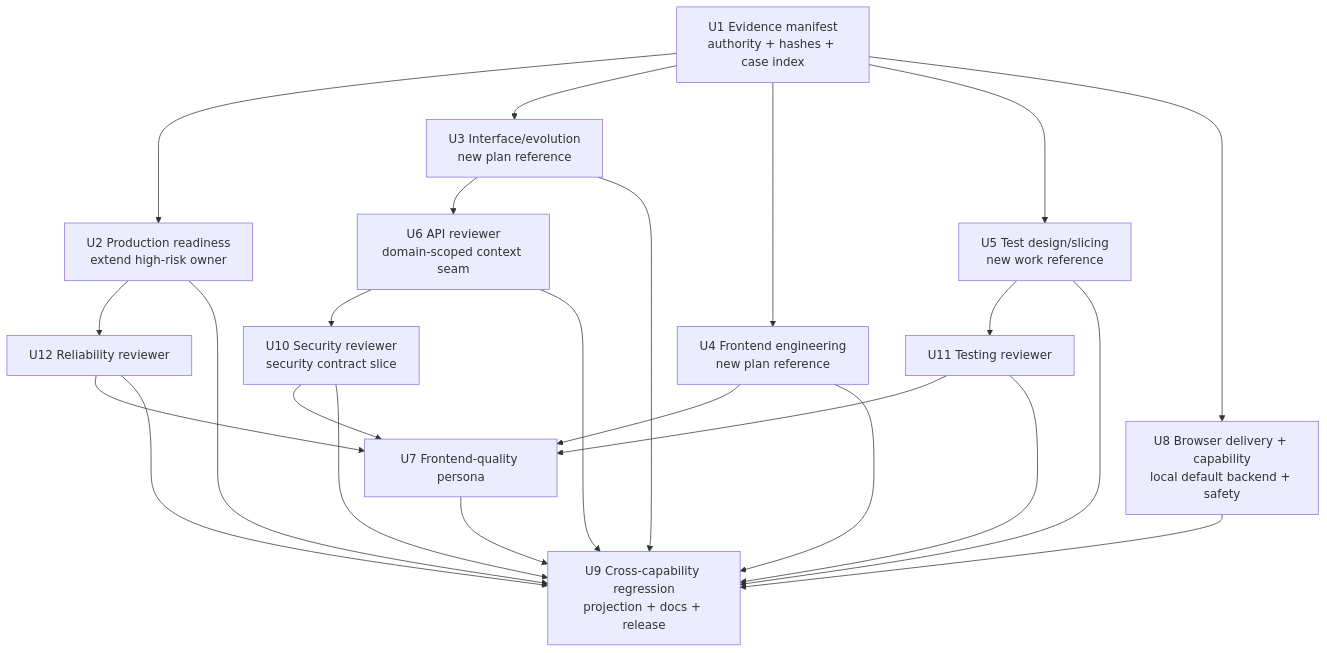
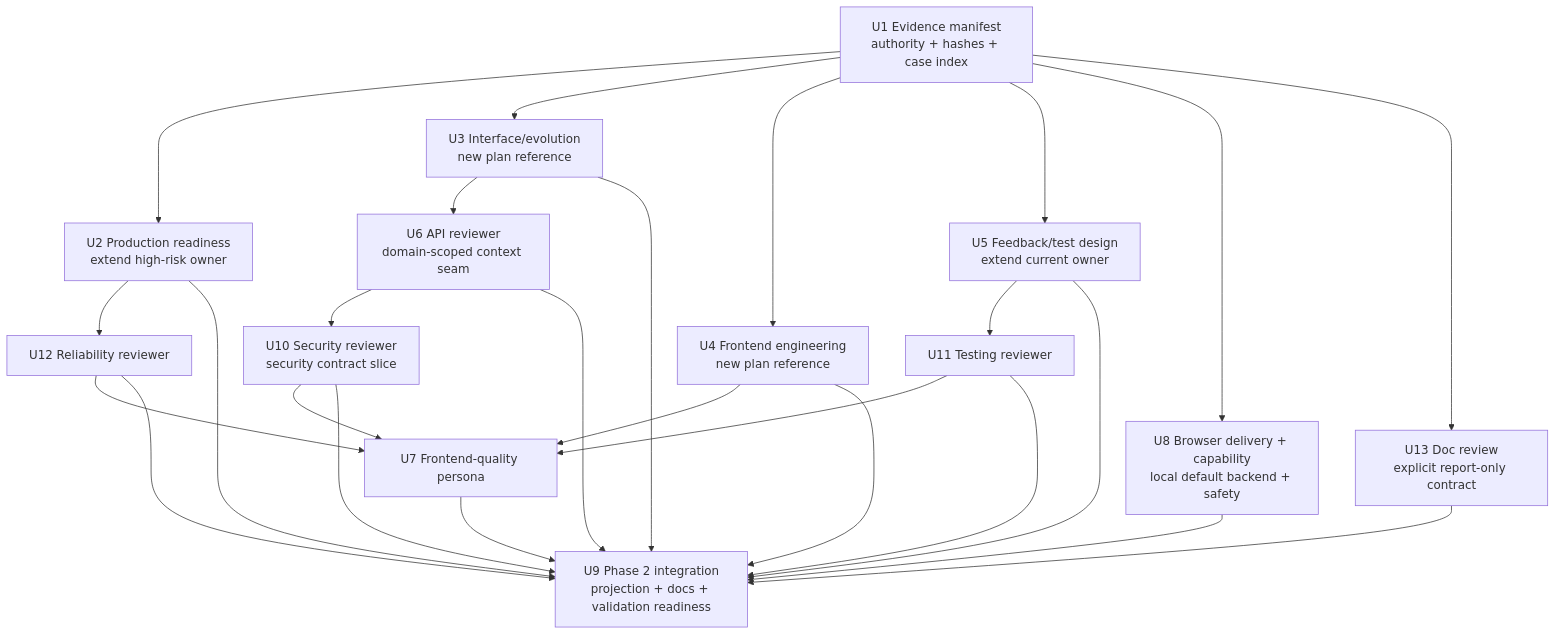
Before and after one commit to leo-kuang-ai/spec-first: the diagram in docs/plans/2026-07-16-002-refactor-agent-skills-capability-integration-plan.md, drawn with Mermaid. The commit also changed other lines of this file and 27 other files, not shown here.

First line of the commit message:
feat(runtime-setup): 项目本地 graphify hook 边界 + docs audit 验证方案

````diff
--- a/docs/plans/2026-07-16-002-refactor-agent-skills-capability-integration-plan.md
+++ b/docs/plans/2026-07-16-002-refactor-agent-skills-capability-integration-plan.md
@@ -215,26 +230,28 @@
 ```mermaid
 flowchart TB
   A[U1 Evidence manifest<br/>authority + hashes + case index] --> B[U2 Production readiness<br/>extend high-risk owner]
   A --> C[U3 Interface/evolution<br/>new plan reference]
   A --> D[U4 Frontend engineering<br/>new plan reference]
-  A --> E[U5 Test design/slicing<br/>new work reference]
+  A --> E[U5 Feedback/test design<br/>extend current owner]
   C --> F1[U6 API reviewer<br/>domain-scoped context seam]
   F1 --> F2[U10 Security reviewer<br/>security contract slice]
   E --> F3[U11 Testing reviewer]
   B --> F4[U12 Reliability reviewer]
   D --> G[U7 Frontend-quality persona]
   F2 --> G
   F3 --> G
   F4 --> G
   A --> H[U8 Browser delivery + capability<br/>local default backend + safety]
-  B --> I[U9 Cross-capability regression<br/>projection + docs + release]
+  A --> J[U13 Doc review<br/>explicit report-only contract]
+  B --> I[U9 Phase 2 integration<br/>projection + docs + validation readiness]
   C --> I
   D --> I
   E --> I
   F1 --> I
   F2 --> I
   F3 --> I
   F4 --> I
   G --> I
   H --> I
+  J --> I
 ```
````
